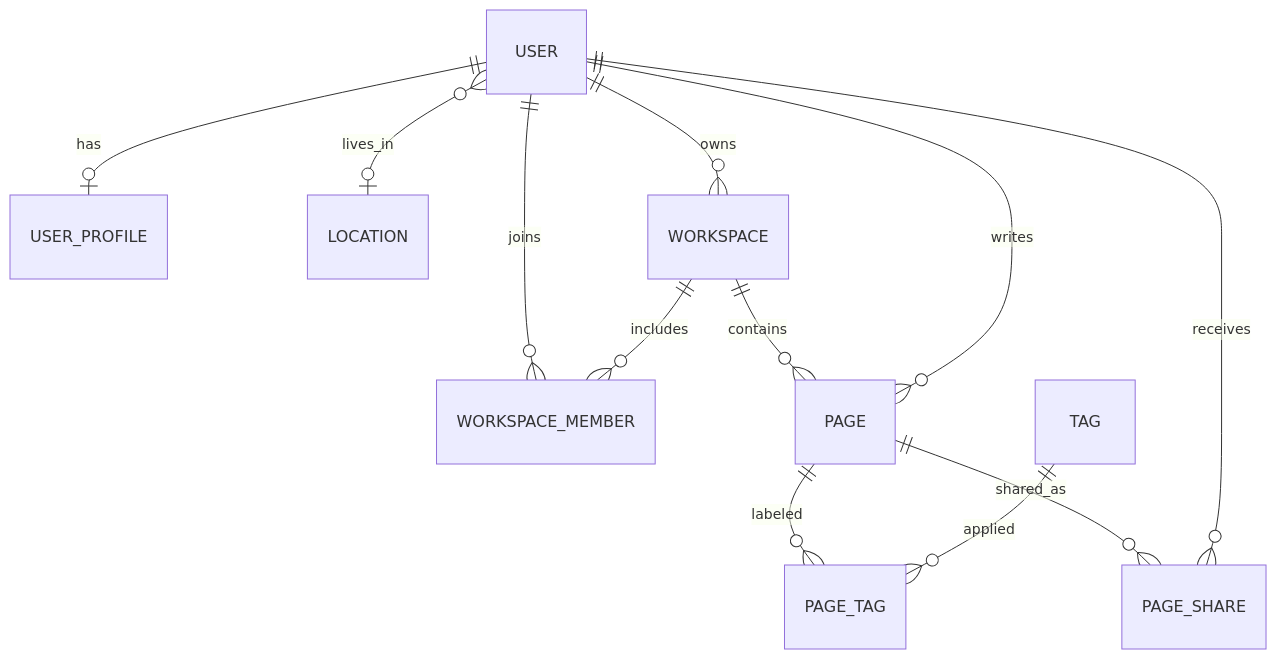
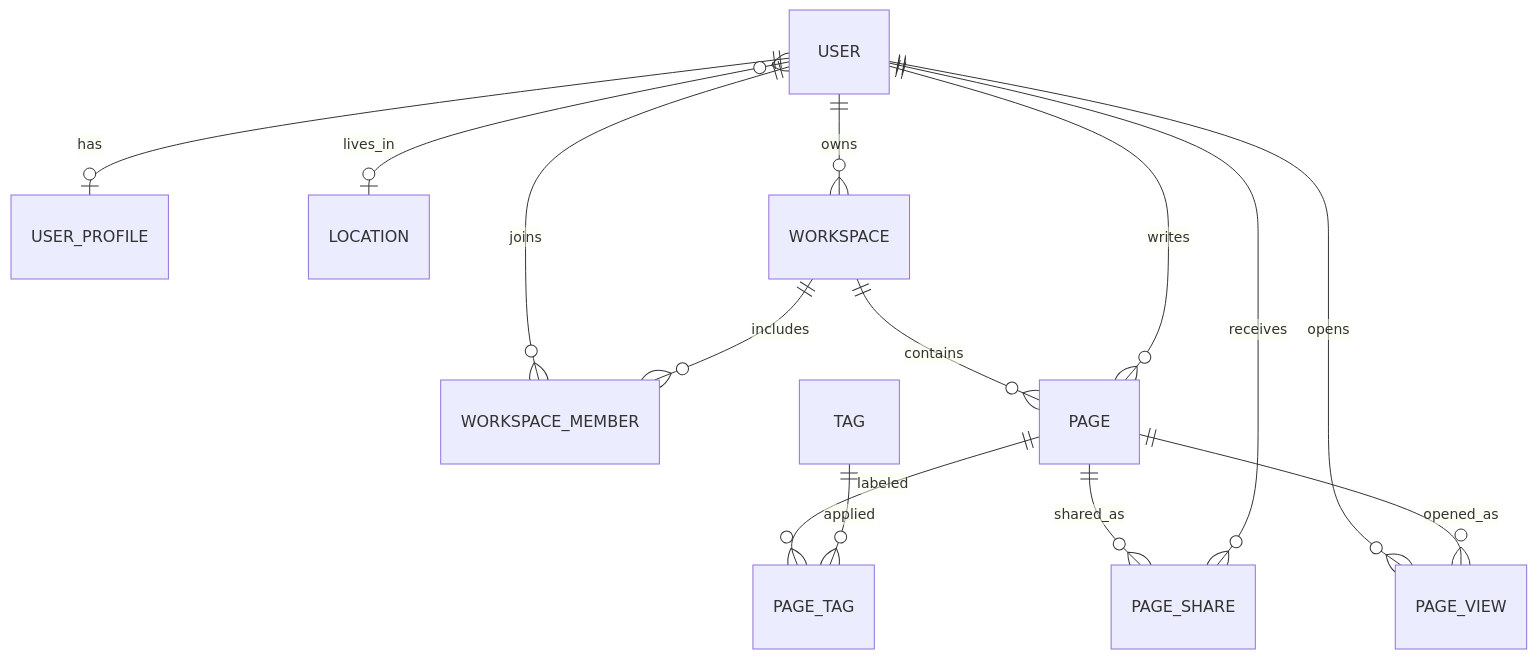
Before and after one commit to Jess-xca/NoteKeeper_26026: the diagram in docs/assignment/03-physical-schema.md, drawn with Mermaid. The commit also changed other lines of this file and 2 other files, not shown here.

````diff
--- a/docs/assignment/03-physical-schema.md
+++ b/docs/assignment/03-physical-schema.md
@@ -91,14 +109,16 @@
 ```mermaid
 erDiagram
   USER ||--o| USER_PROFILE : has
   USER }o--o| LOCATION : lives_in
   USER ||--o{ WORKSPACE : owns
   USER ||--o{ WORKSPACE_MEMBER : joins
   WORKSPACE ||--o{ WORKSPACE_MEMBER : includes
   WORKSPACE ||--o{ PAGE : contains
   USER ||--o{ PAGE : writes
   PAGE ||--o{ PAGE_TAG : labeled
   TAG ||--o{ PAGE_TAG : applied
   PAGE ||--o{ PAGE_SHARE : shared_as
   USER ||--o{ PAGE_SHARE : receives
+  USER ||--o{ PAGE_VIEW : opens
+  PAGE ||--o{ PAGE_VIEW : opened_as
 ```
````
